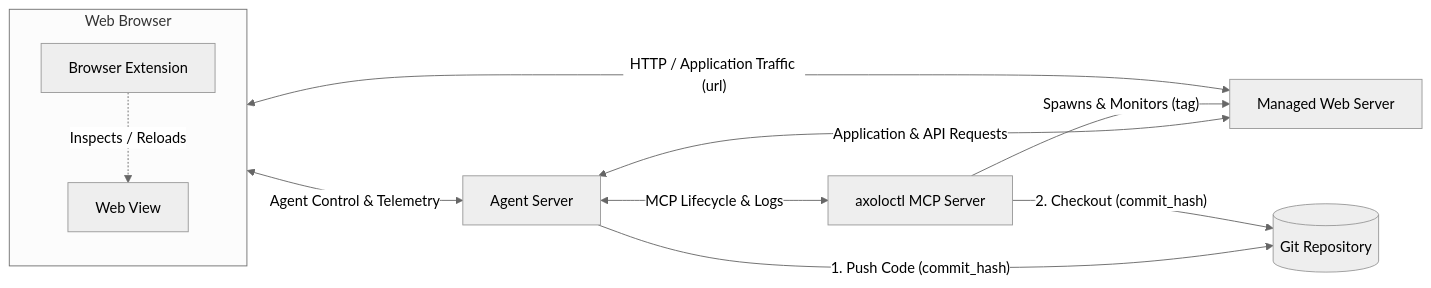
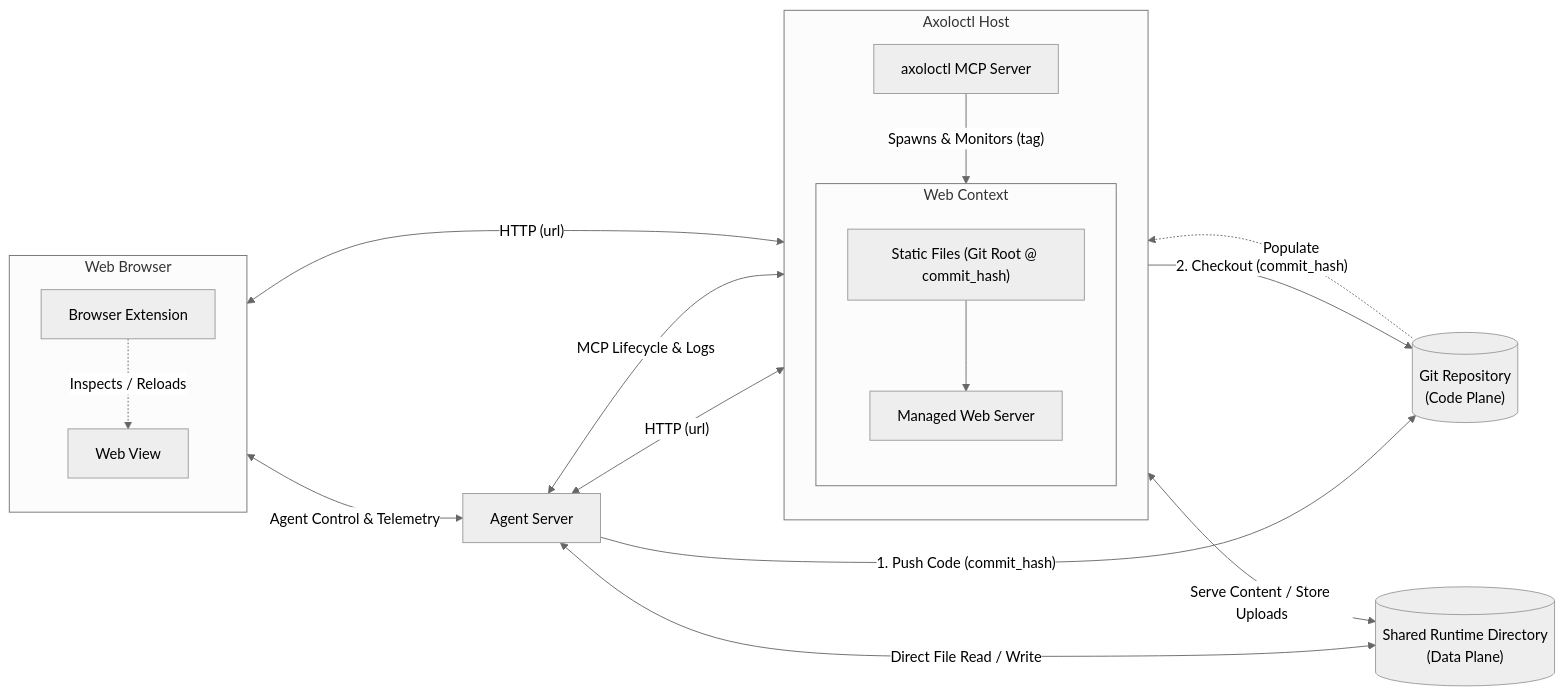
One commit to grafnu/udmi changed the first of 2 diagrams in mcp/axoloctl/README.md. Above: the diagram before and after it, drawn with Mermaid (neutral theme). The commit also changed other lines of this file, not shown here.

Commit message:
Update axoloctl architecture diagram with Web Context and Code/Data Plane separation

````diff
--- a/mcp/axoloctl/README.md
+++ b/mcp/axoloctl/README.md
@@ -24,22 +24,35 @@
 ```mermaid
 flowchart LR
   subgraph Browser["Web Browser"]
     direction TB
     Extension["Browser Extension"]
     WebView["Web View"]
     Extension -. "Inspects / Reloads" .-> WebView
   end
 
   Agent["Agent Server"]
-  MCP["axoloctl MCP Server"]
-  WebServer["Managed Web Server"]
-  Git[("Git Repository")]
+  Git[("Git Repository\n(Code Plane)")]
+  SharedDir[("Shared Runtime Directory\n(Data Plane)")]
+
+  subgraph AxoloctlHost["Axoloctl Host"]
+    direction TB
+    MCP["axoloctl MCP Server"]
+    subgraph WebContext["Web Context"]
+      direction TB
+      StaticRoot["Static Files (Git Root @ commit_hash)"]
+      WebServer["Managed Web Server"]
+      StaticRoot --> WebServer
+    end
+    MCP -->|"Spawns & Monitors (tag)"| WebContext
+  end
 
   Extension <-->|"Agent Control & Telemetry"| Agent
-  WebView <-->|"HTTP / Application Traffic (url)"| WebServer
-  Agent <-->|"Application & API Requests"| WebServer
+  WebView <-->|"HTTP (url)"| WebServer
+  Agent <-->|"HTTP (url)"| WebServer
   Agent <-->|"MCP Lifecycle & Logs"| MCP
-  MCP -->|"Spawns & Monitors (tag)"| WebServer
   Agent -->|"1. Push Code (commit_hash)"| Git
   MCP -->|"2. Checkout (commit_hash)"| Git
+  Git -.->|"Populate"| StaticRoot
+  Agent <-->|"Direct File Read / Write"| SharedDir
+  WebServer <-->|"Serve Content / Store Uploads"| SharedDir
 ```
````
